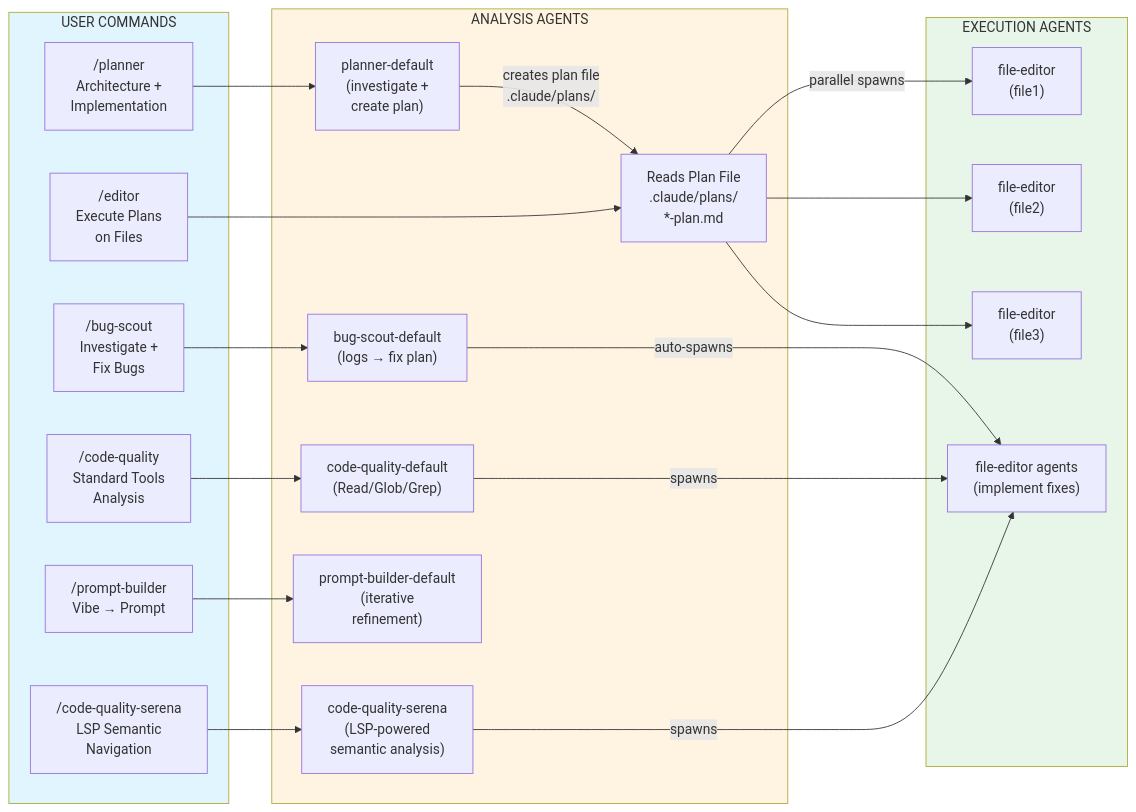
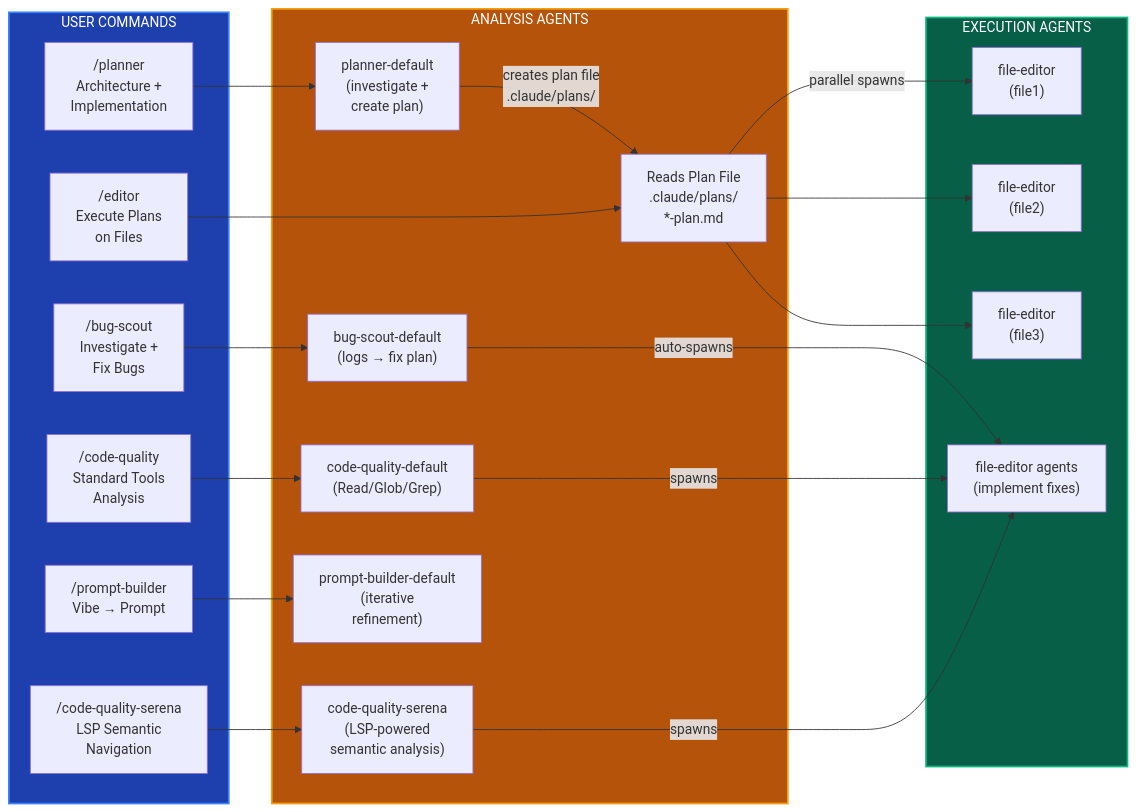
Before and after one commit to GantisStorm/essentials-claude-code: the first of 2 diagrams in README.md, drawn with Mermaid. The commit also changed other lines of this file, not shown here.

First line of the commit message:
Update Mermaid diagram colors for dark mode GitHub compatibility

````diff
--- a/README.md
+++ b/README.md
@@ -7,50 +7,50 @@
 ```mermaid
 flowchart LR
     subgraph commands["USER COMMANDS"]
         planner_cmd["/planner<br/>Architecture +<br/>Implementation"]
         editor_cmd["/editor<br/>Execute Plans<br/>on Files"]
         bug_cmd["/bug-scout<br/>Investigate +<br/>Fix Bugs"]
         quality_cmd["/code-quality<br/>Standard Tools<br/>Analysis"]
         serena_cmd["/code-quality-serena<br/>LSP Semantic<br/>Navigation"]
         prompt_cmd["/prompt-builder<br/>Vibe → Prompt"]
     end
 
     subgraph agents["ANALYSIS AGENTS"]
         planner_agent["planner-default<br/>(investigate +<br/>create plan)"]
         plan_reader["Reads Plan File<br/>.claude/plans/<br/>*-plan.md"]
         bug_agent["bug-scout-default<br/>(logs → fix plan)"]
         quality_agent["code-quality-default<br/>(Read/Glob/Grep)"]
         serena_agent["code-quality-serena<br/>(LSP-powered<br/>semantic analysis)"]
         prompt_agent["prompt-builder-default<br/>(iterative<br/>refinement)"]
     end
 
     subgraph execution["EXECUTION AGENTS"]
         editor1["file-editor<br/>(file1)"]
         editor2["file-editor<br/>(file2)"]
         editor3["file-editor<br/>(file3)"]
         editor_pool["file-editor agents<br/>(implement fixes)"]
     end
 
     planner_cmd --> planner_agent
     planner_agent -->|"creates plan file<br/>.claude/plans/"| plan_reader
 
     editor_cmd --> plan_reader
     plan_reader -->|"parallel spawns"| editor1
     plan_reader --> editor2
     plan_reader --> editor3
 
     bug_cmd --> bug_agent
     bug_agent -->|"auto-spawns"| editor_pool
 
     quality_cmd --> quality_agent
     quality_agent -->|"spawns"| editor_pool
 
     serena_cmd --> serena_agent
     serena_agent -->|"spawns"| editor_pool
 
     prompt_cmd --> prompt_agent
 
-    style commands fill:#e1f5ff
-    style agents fill:#fff4e1
-    style execution fill:#e8f5e9
+    style commands fill:#1e40af,stroke:#3b82f6,stroke-width:2px,color:#fff
+    style agents fill:#b45309,stroke:#f59e0b,stroke-width:2px,color:#fff
+    style execution fill:#065f46,stroke:#10b981,stroke-width:2px,color:#fff
 ```
````
